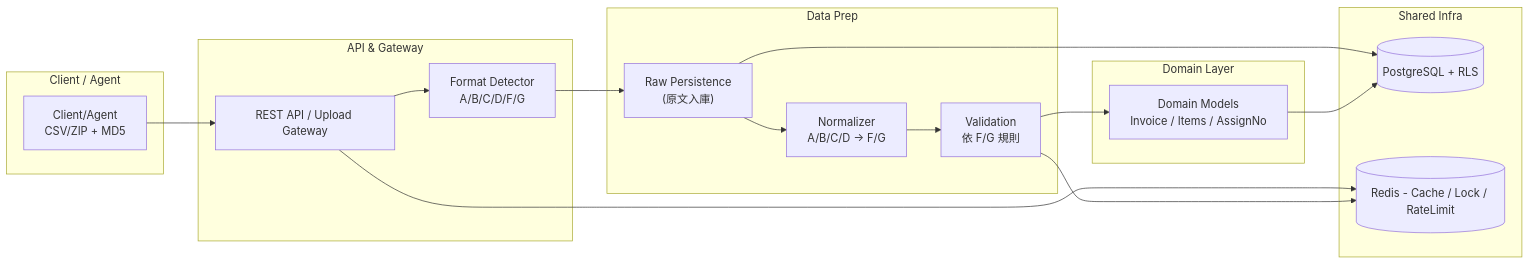
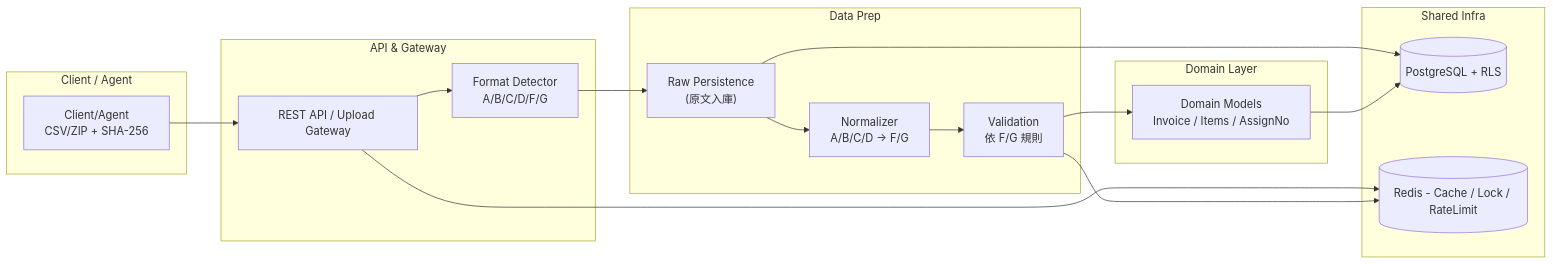
The first of 2 diagrams in docs/spec/turnbridge-srs-v1.0.md (latte1855/turnbridge), drawn with Mermaid before and after one commit. The commit also changed other lines of this file and 18 other files, not shown here.

````diff
--- a/docs/spec/turnbridge-srs-v1.0.md
+++ b/docs/spec/turnbridge-srs-v1.0.md
@@ -43,28 +43,28 @@
 ```mermaid
 flowchart LR
   subgraph ClientEdge[Client / Agent]
-    A["Client/Agent<br/>CSV/ZIP + MD5"]
+    A["Client/Agent<br/>CSV/ZIP + SHA-256"]
   end
   subgraph APILayer[API & Gateway]
     B["REST API / Upload Gateway"]
     C["Format Detector<br/>A/B/C/D/F/G"]
   end
   subgraph DataPrep[Data Prep]
     D["Raw Persistence<br/>(原文入庫)"]
     E["Normalizer<br/>A/B/C/D → F/G"]
     F["Validation<br/>依 F/G 規則"]
   end
   subgraph DomainCore[Domain Layer]
     G["Domain Models<br/>Invoice / Items / AssignNo"]
   end
   subgraph Infra[Shared Infra]
     P[(PostgreSQL + RLS)]
     Q[(Redis - Cache / Lock / RateLimit)]
   end
 
   A --> B --> C --> D --> E --> F --> G
   D --> P
   G --> P
   B --> Q
   F --> Q
 ```
````
